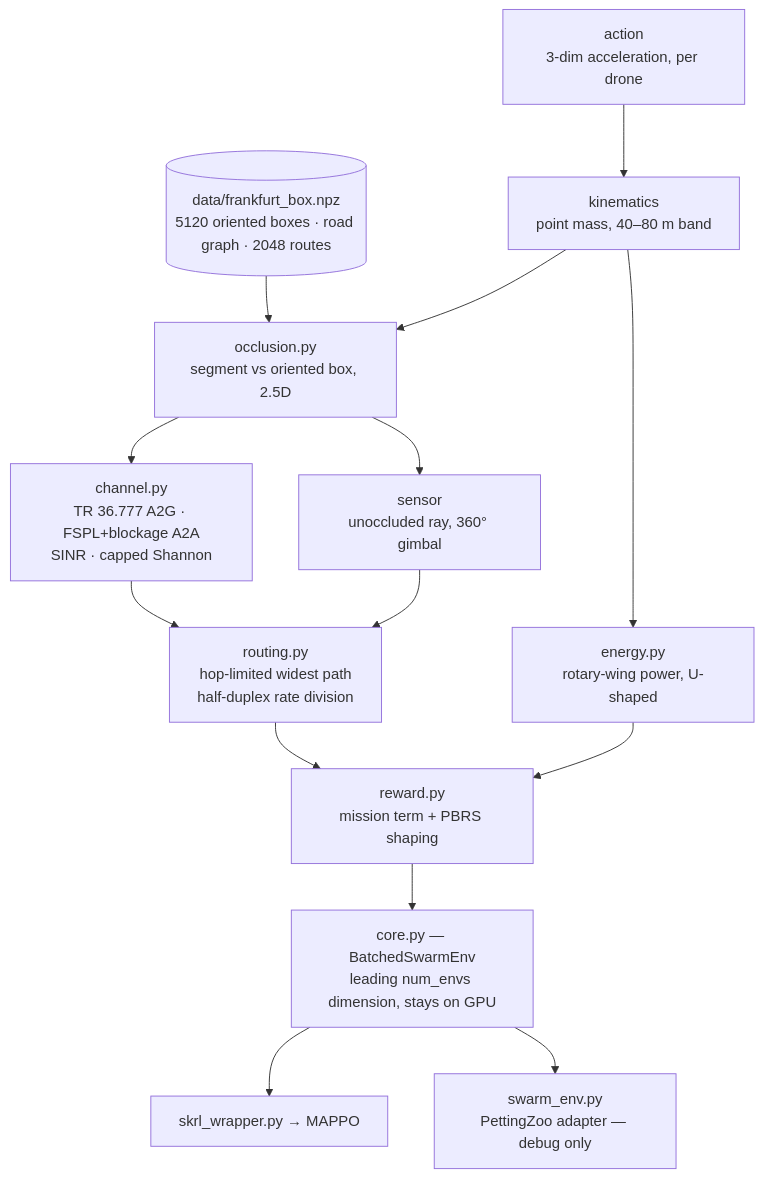
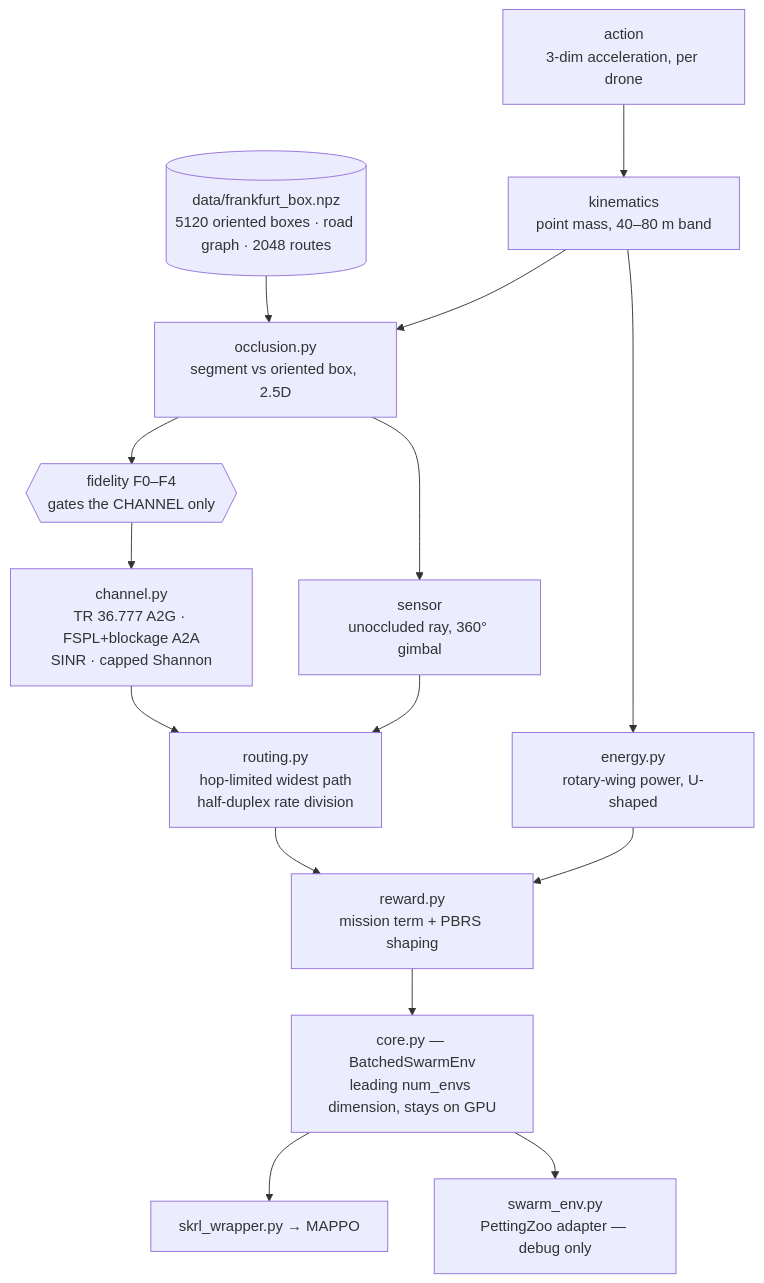
One commit to lucwestbomke/master-thesis-preview changed the diagram in README.md. Above: the diagram before and after it, drawn with Mermaid. The commit also changed other lines of this file, not shown here.

````diff
--- a/README.md
+++ b/README.md
@@ -110,29 +207,31 @@
 ```mermaid
 flowchart TD
     ACT["action<br/>3-dim acceleration, per drone"]
     ART[("data/frankfurt_box.npz<br/>5120 oriented boxes · road graph · 2048 routes")]
     KIN["kinematics<br/>point mass, 40–80 m band"]
     OCC["occlusion.py<br/>segment vs oriented box, 2.5D"]
     SEN["sensor<br/>unoccluded ray, 360° gimbal"]
+    FID{{"fidelity F0–F4<br/>gates the CHANNEL only"}}
     CH["channel.py<br/>TR 36.777 A2G · FSPL+blockage A2A<br/>SINR · capped Shannon"]
     RT["routing.py<br/>hop-limited widest path<br/>half-duplex rate division"]
     EN["energy.py<br/>rotary-wing power, U-shaped"]
     RW["reward.py<br/>mission term + PBRS shaping"]
     CORE["core.py — BatchedSwarmEnv<br/>leading num_envs dimension, stays on GPU"]
     SK["skrl_wrapper.py → MAPPO"]
     PZ["swarm_env.py<br/>PettingZoo adapter — debug only"]
 
     ACT --> KIN
     ART --> OCC
     KIN --> OCC
     KIN --> EN
     OCC --> SEN
-    OCC --> CH
+    OCC --> FID
+    FID --> CH
     CH --> RT
     SEN --> RT
     RT --> RW
     EN --> RW
     RW --> CORE
     CORE --> SK
     CORE --> PZ
 ```
````
